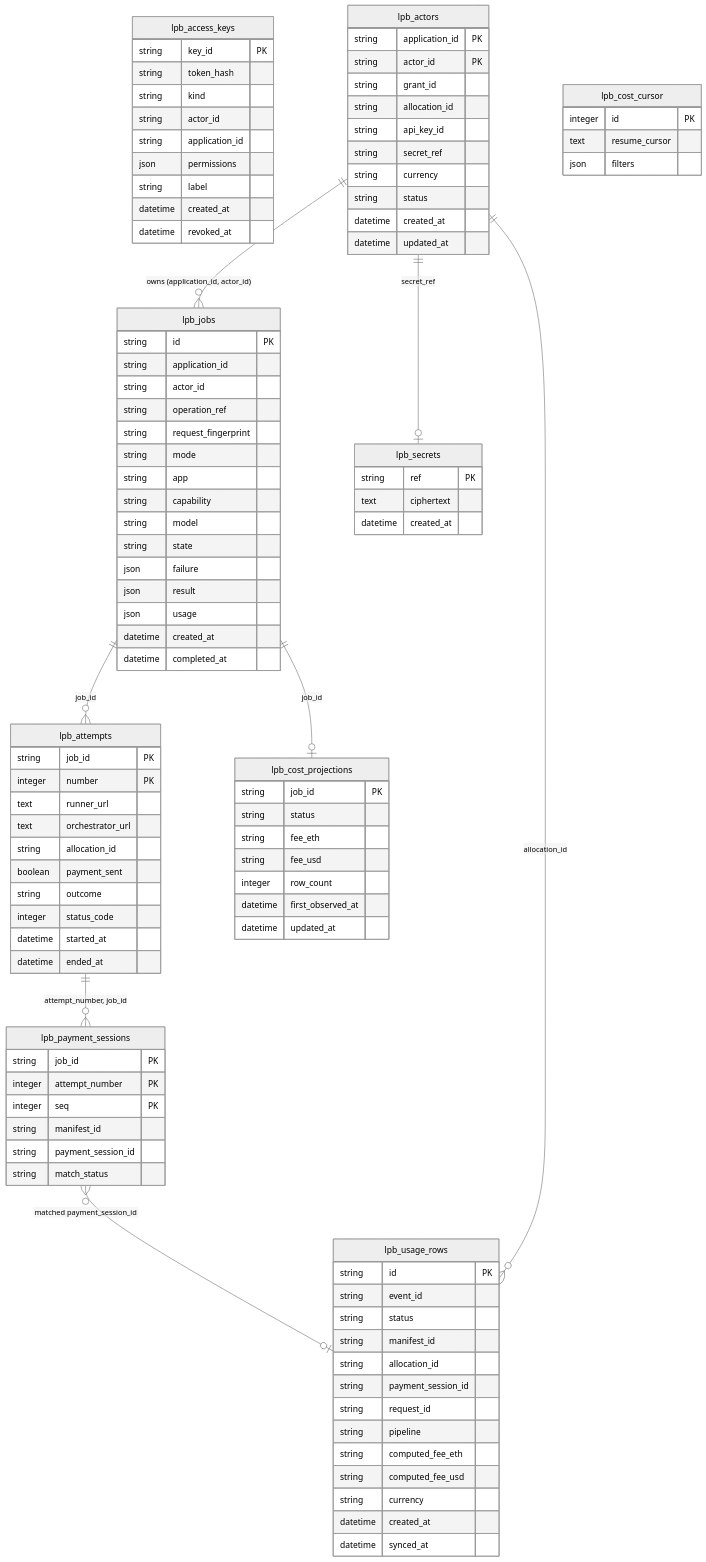
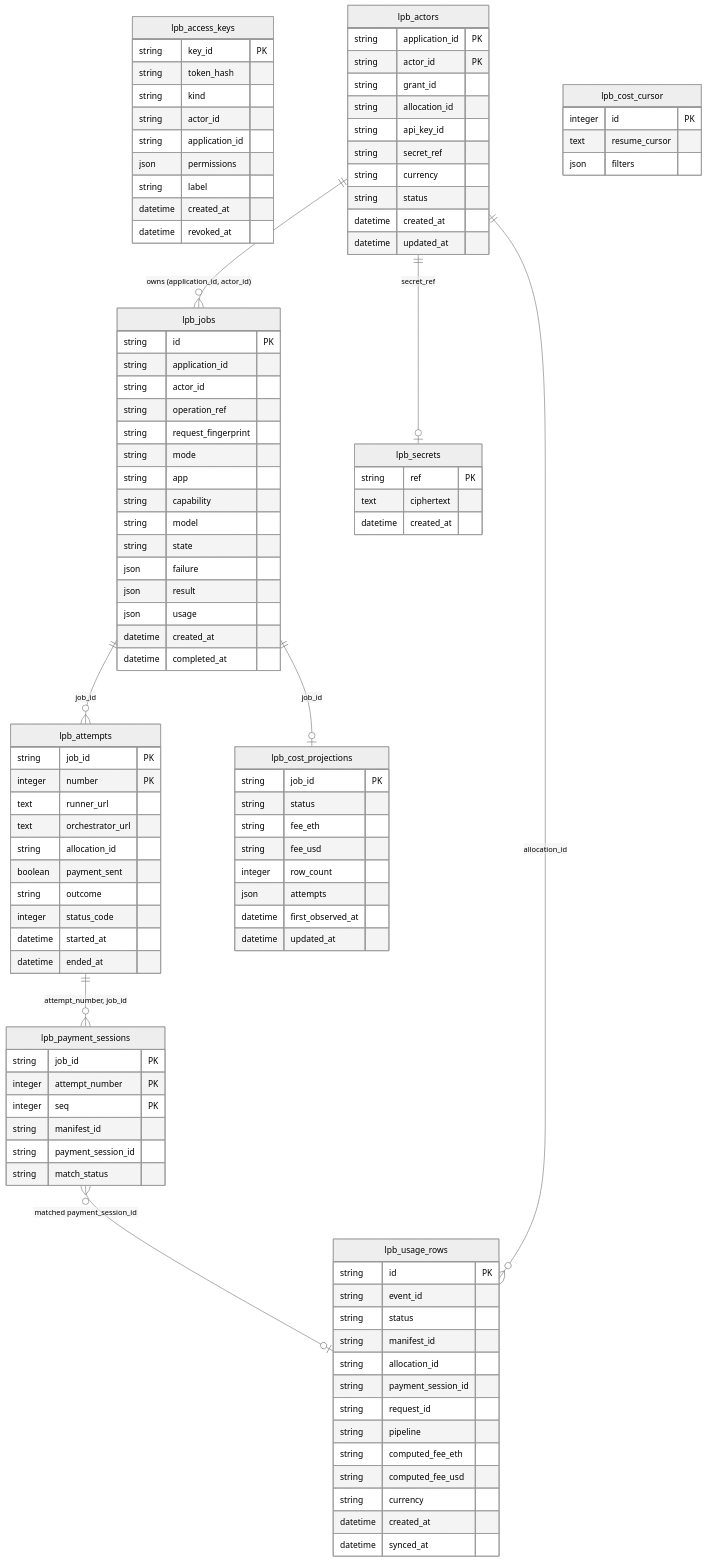
One commit to NE-Build-Track/livepeer-builder-core changed the diagram in docs/generated/db-schema.md. Above: the diagram before and after it, drawn with Mermaid (neutral theme). The commit also changed other lines of this file and 37 other files, not shown here.

```diff
--- a/docs/generated/db-schema.md
+++ b/docs/generated/db-schema.md
@@ -53,6 +53,7 @@
         string fee_eth
         string fee_usd
         integer row_count
+        json attempts
         datetime first_observed_at
         datetime updated_at
     }
```
